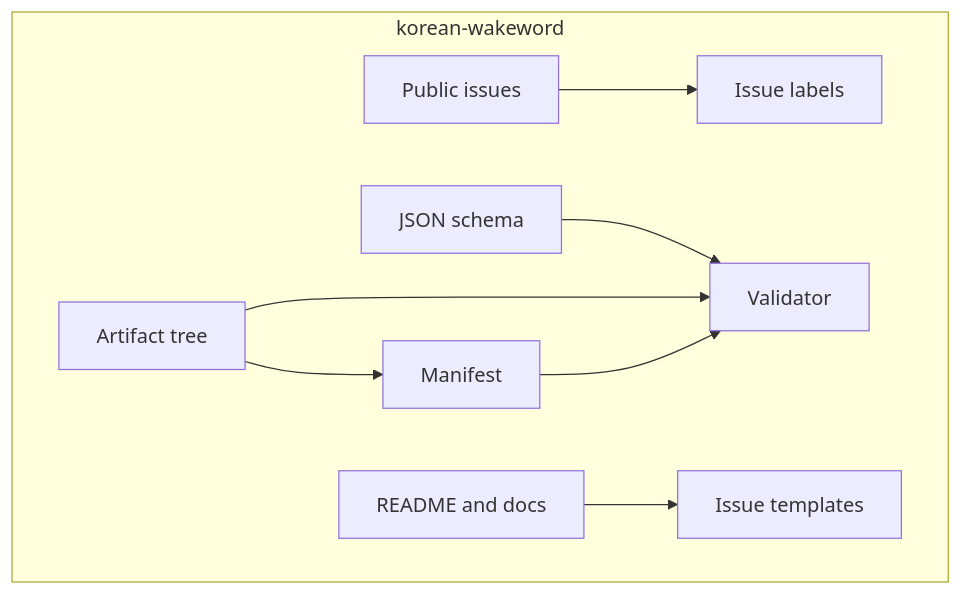
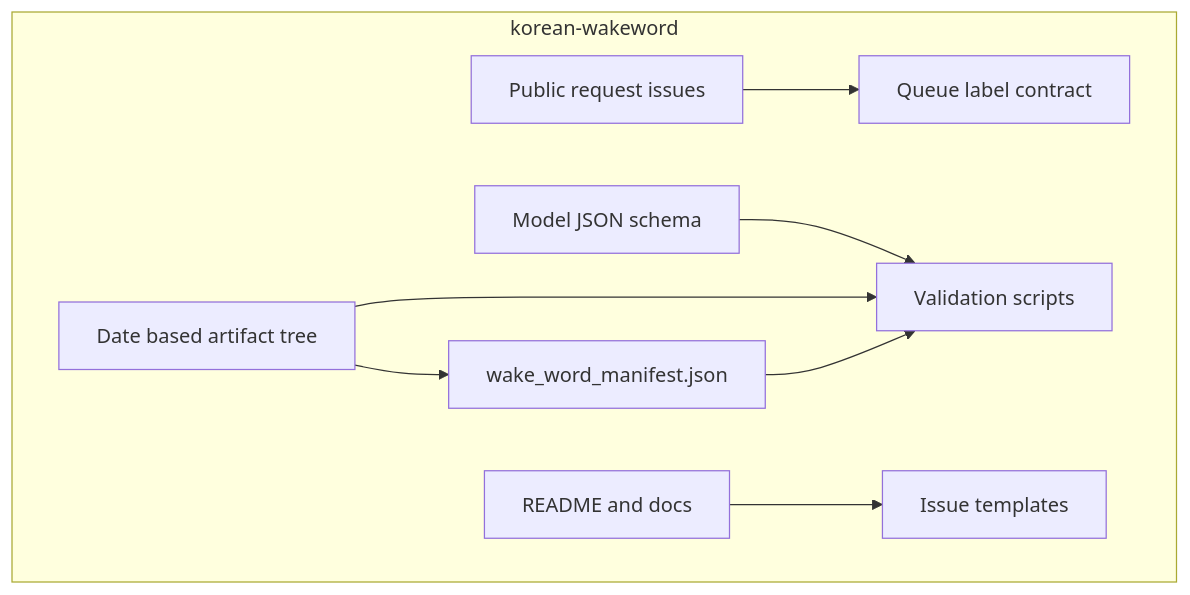
One commit to UnripePlum/korean-wakeword changed the second of 4 diagrams in docs/ARCHITECTURE.md. Above: the diagram before and after it, drawn with Mermaid. The commit also changed other lines of this file, not shown here.

Commit message:
Use GitHub-safe prod mermaid labels

````diff
--- a/docs/ARCHITECTURE.md
+++ b/docs/ARCHITECTURE.md
@@ -30,20 +30,20 @@
 ```mermaid
 flowchart TD
     subgraph PROD["korean-wakeword"]
         DOCS["README and docs"]
-        ISSUES["Public issues"]
-        LABELS["Issue labels"]
-        SCHEMA["JSON schema"]
-        TREE["Artifact tree"]
-        MANIFEST["Manifest"]
-        VALIDATOR["Validator"]
+        ISSUES["Public request issues"]
+        LABELS["Queue label contract"]
+        SCHEMA["Model JSON schema"]
+        TREE["Date based artifact tree"]
+        MANIFEST["wake_word_manifest.json"]
+        VALIDATOR["Validation scripts"]
         TEMPLATES["Issue templates"]
     end
 
     ISSUES --> LABELS
     TREE --> MANIFEST
     SCHEMA --> VALIDATOR
     TREE --> VALIDATOR
     MANIFEST --> VALIDATOR
     DOCS --> TEMPLATES
 ```
````
